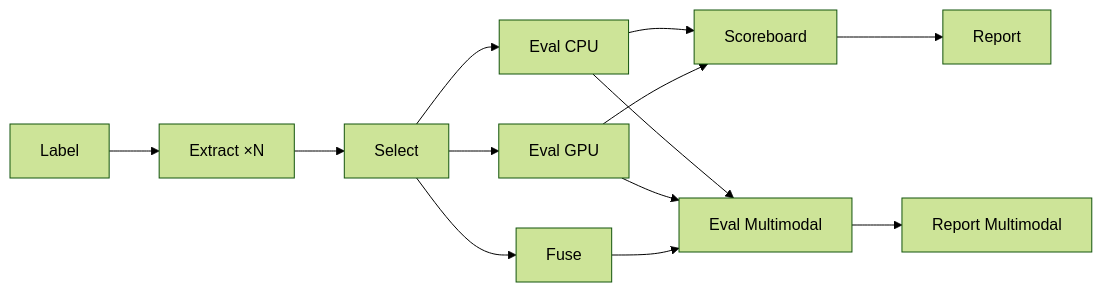
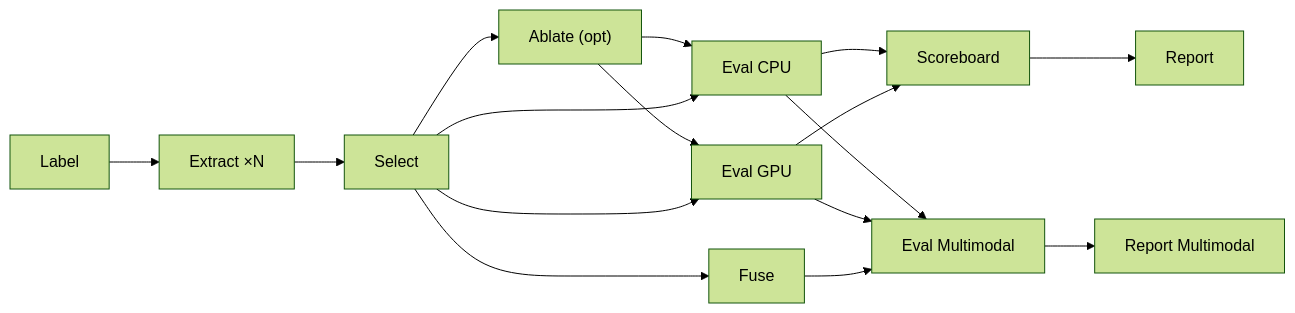
One commit to msk-access/kreview changed the diagram in README.md. Above: the diagram before and after it, drawn with Mermaid (forest theme). The commit also changed other lines of this file and 24 other files, not shown here.

````diff
--- a/README.md
+++ b/README.md
@@ -33,15 +34,18 @@
 ```mermaid
 graph LR
     A[Label] --> B["Extract ×N"]
     B --> C[Select]
-    C --> D["Eval CPU"]
-    C --> E["Eval GPU"]
-    C --> F[Fuse]
-    D --> G[Scoreboard]
-    E --> G
-    D --> I["Eval Multimodal"]
-    E --> I
+    C --> D["Ablate (opt)"]
+    D --> E["Eval CPU"]
+    D --> F["Eval GPU"]
+    C --> E
+    C --> F
+    C --> G[Fuse]
+    E --> H[Scoreboard]
+    F --> H
+    E --> I["Eval Multimodal"]
     F --> I
-    G --> H[Report]
-    I --> J["Report Multimodal"]
+    G --> I
+    H --> J[Report]
+    I --> K["Report Multimodal"]
 ```
````
